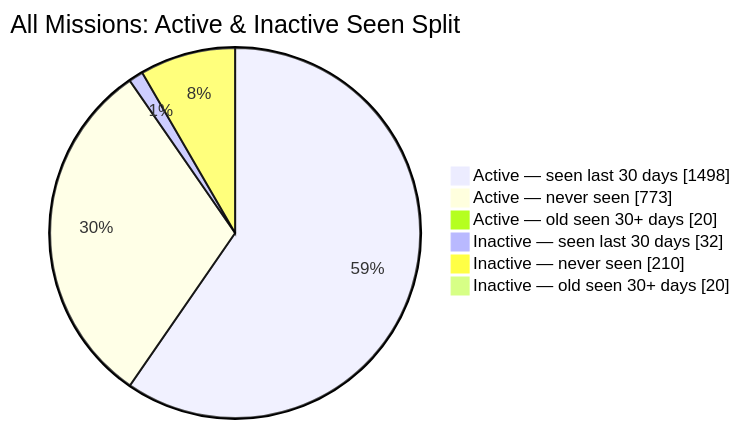
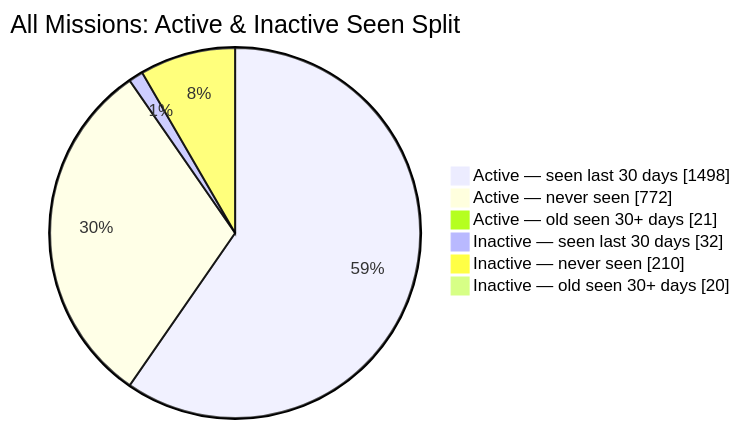
One commit to MeldkamerspelGameTeam/active-missions changed the second of 2 diagrams in README.md. Above: the diagram before and after it, drawn with Mermaid. The commit also changed other lines of this file and 4 other files, not shown here.

````diff
--- a/README.md
+++ b/README.md
@@ -44,10 +44,10 @@
 ```mermaid
 pie showData
     title All Missions: Active & Inactive Seen Split
     "Active — seen last 30 days" : 1498
-    "Active — never seen" : 773
-    "Active — old seen 30+ days" : 20
+    "Active — never seen" : 772
+    "Active — old seen 30+ days" : 21
     "Inactive — seen last 30 days" : 32
     "Inactive — never seen" : 210
     "Inactive — old seen 30+ days" : 20
 ```
````
